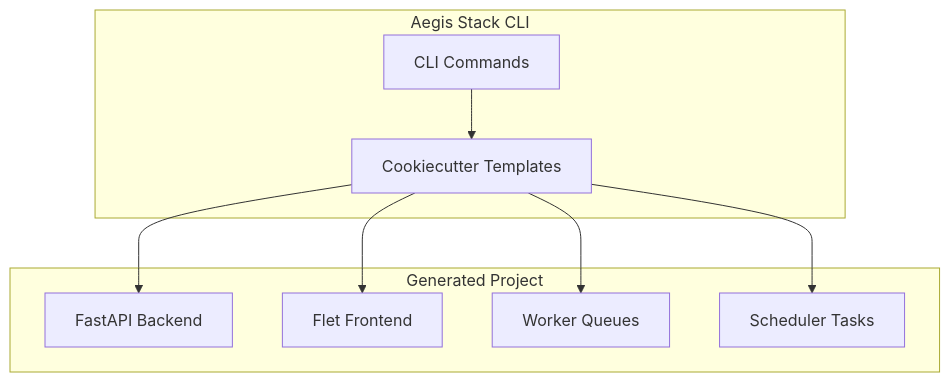
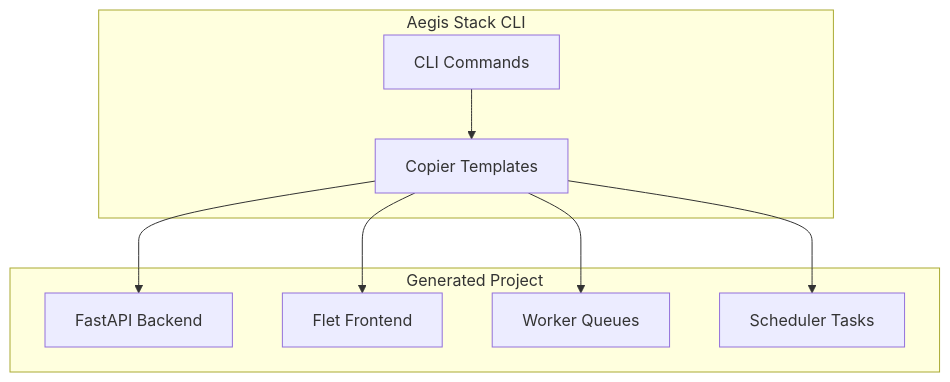
One commit to bhardwajRahul/aegis-stack changed the first of 3 diagrams in docs/CLAUDE.md. Above: the diagram before and after it, drawn with Mermaid. The commit also changed 309 other files, not shown here.

````diff
--- a/docs/CLAUDE.md
+++ b/docs/CLAUDE.md
@@ -97,20 +97,20 @@
 ```mermaid
 graph TB
     subgraph "Aegis Stack CLI"
         CLI[CLI Commands]
-        Templates[Cookiecutter Templates]
+        Templates[Copier Templates]
     end
     
     subgraph "Generated Project"
         Backend[FastAPI Backend]
         Frontend[Flet Frontend]
         Worker[Worker Queues]
         Scheduler[Scheduler Tasks]
     end
     
     CLI --> Templates
     Templates --> Backend
     Templates --> Frontend
     Templates --> Worker
     Templates --> Scheduler
 ```
````
